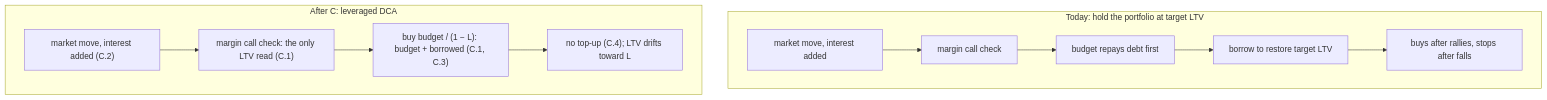
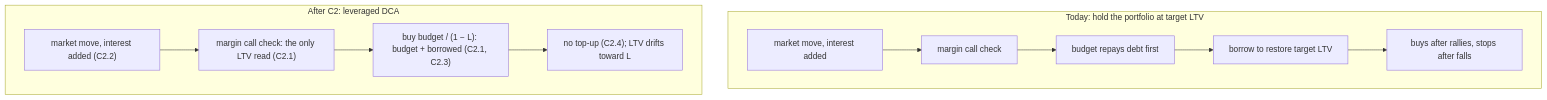
Before and after one commit to vibqetowi/leveraged-investing-simulator: the fourth of 7 diagrams in docs/plan.md, drawn with Mermaid. The commit also changed other lines of this file and 21 other files, not shown here.

````diff
--- a/docs/plan.md
+++ b/docs/plan.md
@@ -278,12 +533,12 @@
 ```mermaid
 flowchart TB
     subgraph Now["Today: hold the portfolio at target LTV"]
         N0["market move, interest added"] --> N1["margin call check"] --> N2["budget repays debt first"] --> N3["borrow to restore target LTV"]
         N3 --> N4["buys after rallies, stops after falls"]
     end
-    subgraph New["After C: leveraged DCA"]
-        M0["market move, interest added (C.2)"] --> M1["margin call check: the only LTV read (C.1)"]
-        M1 --> M2["buy budget / (1 − L): budget + borrowed (C.1, C.3)"]
-        M2 --> M3["no top-up (C.4); LTV drifts toward L"]
+    subgraph New["After C2: leveraged DCA"]
+        M0["market move, interest added (C2.2)"] --> M1["margin call check: the only LTV read (C2.1)"]
+        M1 --> M2["buy budget / (1 − L): budget + borrowed (C2.1, C2.3)"]
+        M2 --> M3["no top-up (C2.4); LTV drifts toward L"]
     end
 ```
````
